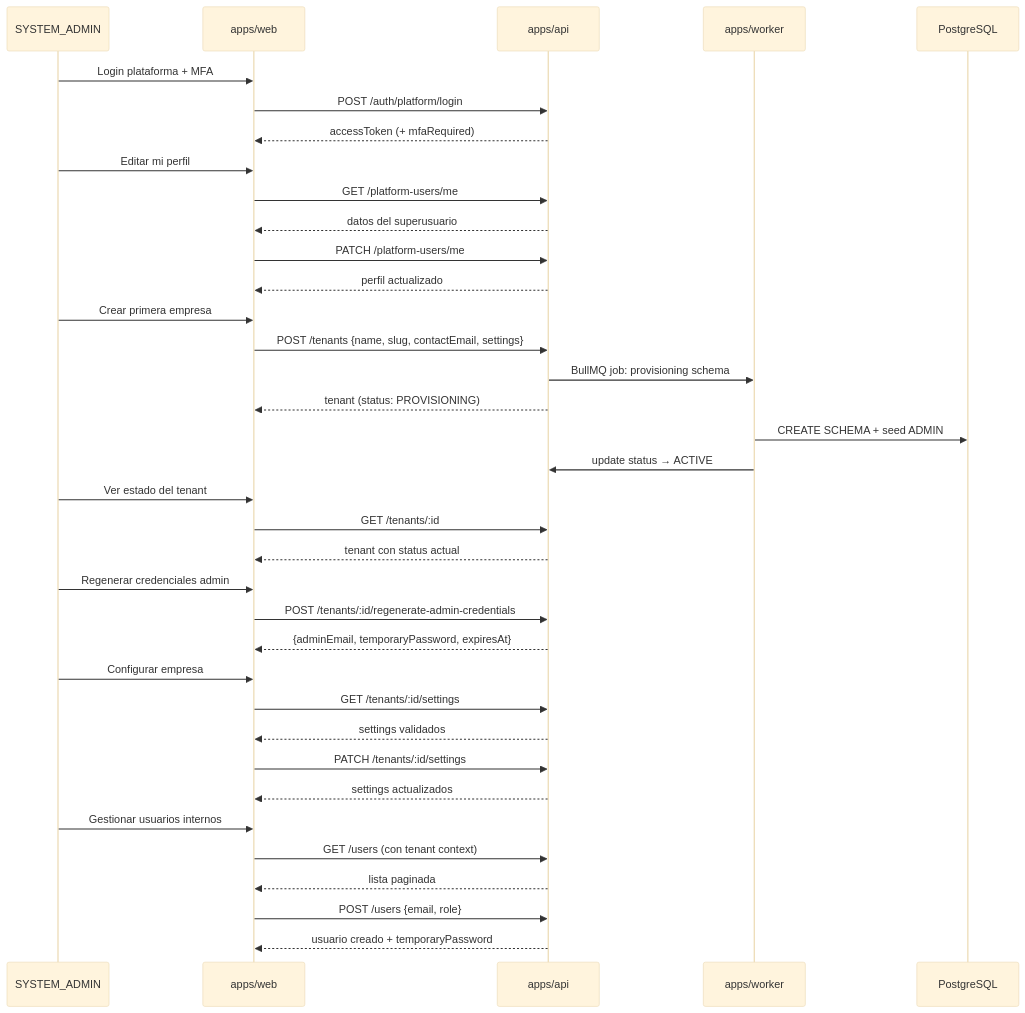
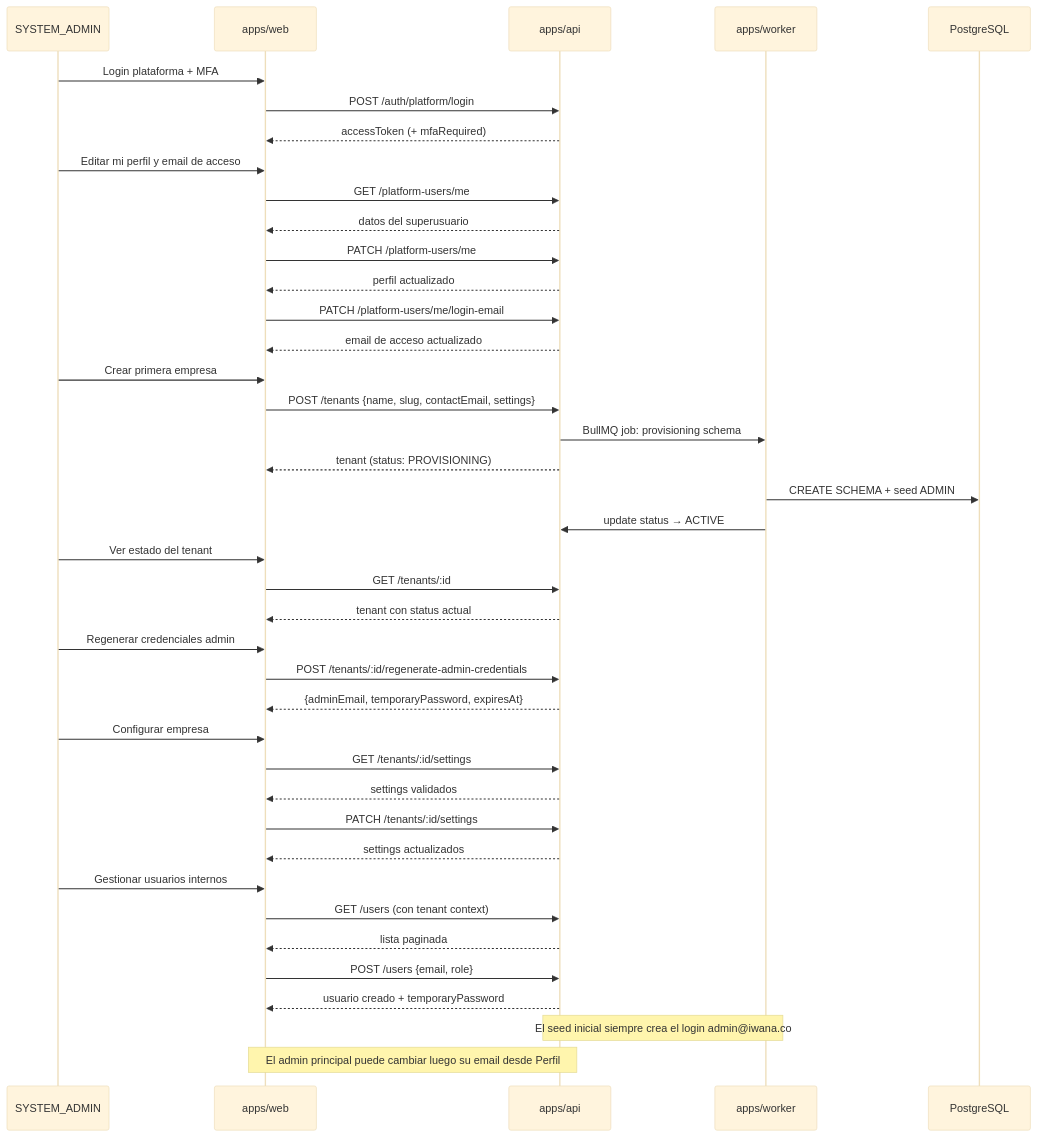
Before and after one commit to Sleybc/iWana-neXt: the diagram in docs/hlds/HLD-TRANSVERSAL-ENABLEMENT-OPERATIVO-v1.0.md, drawn with Mermaid (base theme). The commit also changed other lines of this file and 126 other files, not shown here.

Commit message:
feat(api): add CreatePlatformUserBootstrapDto for initial admin bootstrap

````diff
--- a/docs/hlds/HLD-TRANSVERSAL-ENABLEMENT-OPERATIVO-v1.0.md
+++ b/docs/hlds/HLD-TRANSVERSAL-ENABLEMENT-OPERATIVO-v1.0.md
@@ -75,45 +75,50 @@
 ```mermaid
 sequenceDiagram
     participant SA as SYSTEM_ADMIN
     participant Web as apps/web
     participant API as apps/api
     participant WK as apps/worker
     participant DB as PostgreSQL
 
     SA->>Web: Login plataforma + MFA
     Web->>API: POST /auth/platform/login
     API-->>Web: accessToken (+ mfaRequired)
     
-    SA->>Web: Editar mi perfil
+    SA->>Web: Editar mi perfil y email de acceso
     Web->>API: GET /platform-users/me
     API-->>Web: datos del superusuario
     Web->>API: PATCH /platform-users/me
     API-->>Web: perfil actualizado
+    Web->>API: PATCH /platform-users/me/login-email
+    API-->>Web: email de acceso actualizado
 
     SA->>Web: Crear primera empresa
     Web->>API: POST /tenants {name, slug, contactEmail, settings}
     API->>WK: BullMQ job: provisioning schema
     API-->>Web: tenant (status: PROVISIONING)
     WK->>DB: CREATE SCHEMA + seed ADMIN
     WK->>API: update status → ACTIVE
 
     SA->>Web: Ver estado del tenant
     Web->>API: GET /tenants/:id
     API-->>Web: tenant con status actual
 
     SA->>Web: Regenerar credenciales admin
     Web->>API: POST /tenants/:id/regenerate-admin-credentials
     API-->>Web: {adminEmail, temporaryPassword, expiresAt}
 
     SA->>Web: Configurar empresa
     Web->>API: GET /tenants/:id/settings
     API-->>Web: settings validados
     Web->>API: PATCH /tenants/:id/settings
     API-->>Web: settings actualizados
 
     SA->>Web: Gestionar usuarios internos
     Web->>API: GET /users (con tenant context)
     API-->>Web: lista paginada
     Web->>API: POST /users {email, role}
     API-->>Web: usuario creado + temporaryPassword
+
+    Note over API,WK: El seed inicial siempre crea el login admin@iwana.co
+    Note over API,Web: El admin principal puede cambiar luego su email desde Perfil
 ```
````
